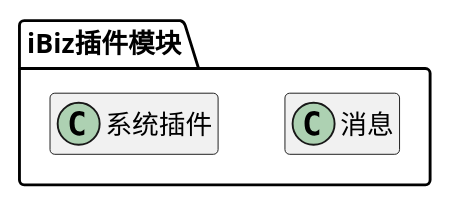
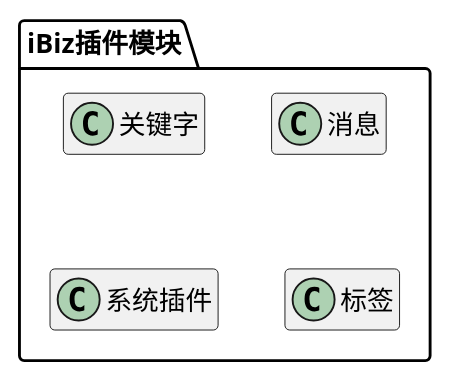
The diagram in ibizpms-docs/src/main/doc/v1/module/ibizplugin.md (zj335841911/nt_chandao), drawn with PlantUML before and after one commit. The commit also changed other lines of this file and 33 other files, not shown here.

```diff
--- a/ibizpms-docs/src/main/doc/v1/module/ibizplugin.md
+++ b/ibizpms-docs/src/main/doc/v1/module/ibizplugin.md
@@ -6,17 +6,23 @@
 {% plantuml %}
 
 package iBiz插件模块 {
+
+class 关键字 {
+}
 
 class 消息 {
 }
 
 class 系统插件 {
+}
+
+class 标签 {
 }
 
 
 
 }
 
 hide members
 
 {% endplantuml %}
```
